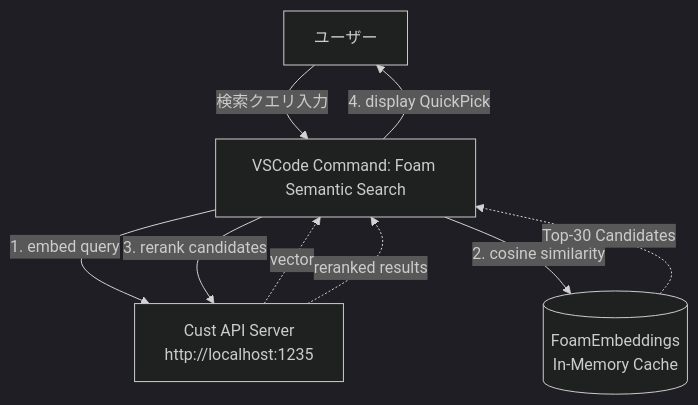
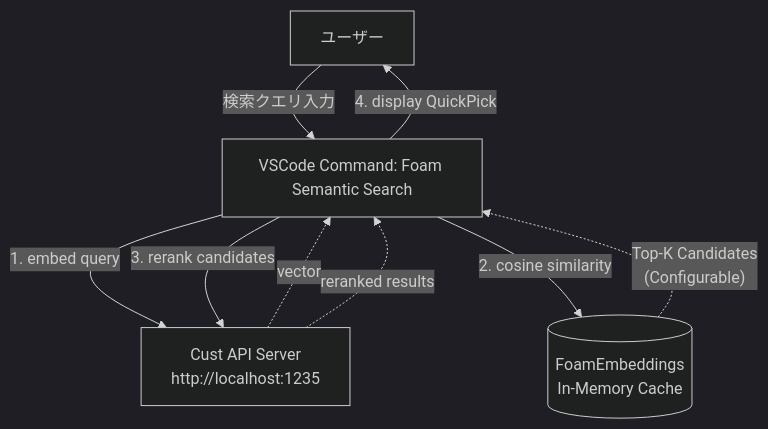
Before and after one commit to norizou/foam: the diagram in Foam_Cust_Integration_Design.md, drawn with Mermaid (dark theme). The commit also changed other lines of this file, not shown here.

First line of the commit message:
docs: add Top-K configuration settings to integration design

````diff
--- a/Foam_Cust_Integration_Design.md
+++ b/Foam_Cust_Integration_Design.md
@@ -11,11 +11,11 @@
 ```mermaid
 graph TD
     User["ユーザー"] -->|"検索クエリ入力"| Cmd["VSCode Command: Foam Semantic Search"]
     Cmd -->|"1. embed query"| Cust["Cust API Server<br/>http://localhost:1235"]
     Cust -.->|"vector"| Cmd
     Cmd -->|"2. cosine similarity"| Cache[("FoamEmbeddings<br/>In-Memory Cache")]
-    Cache -.->|"Top-30 Candidates"| Cmd
+    Cache -.->|"Top-K Candidates<br/>(Configurable)"| Cmd
     Cmd -->|"3. rerank candidates"| Cust
     Cust -.->|"reranked results"| Cmd
     Cmd -->|"4. display QuickPick"| User
 ```
````
